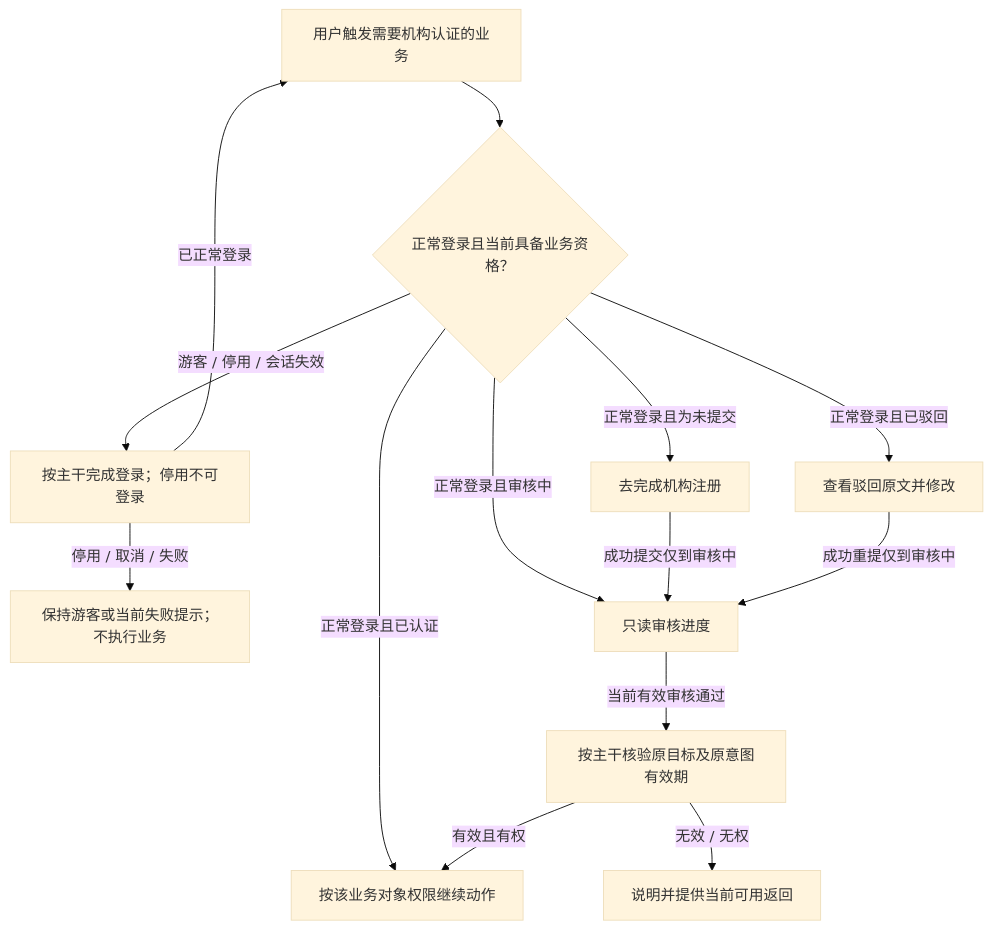
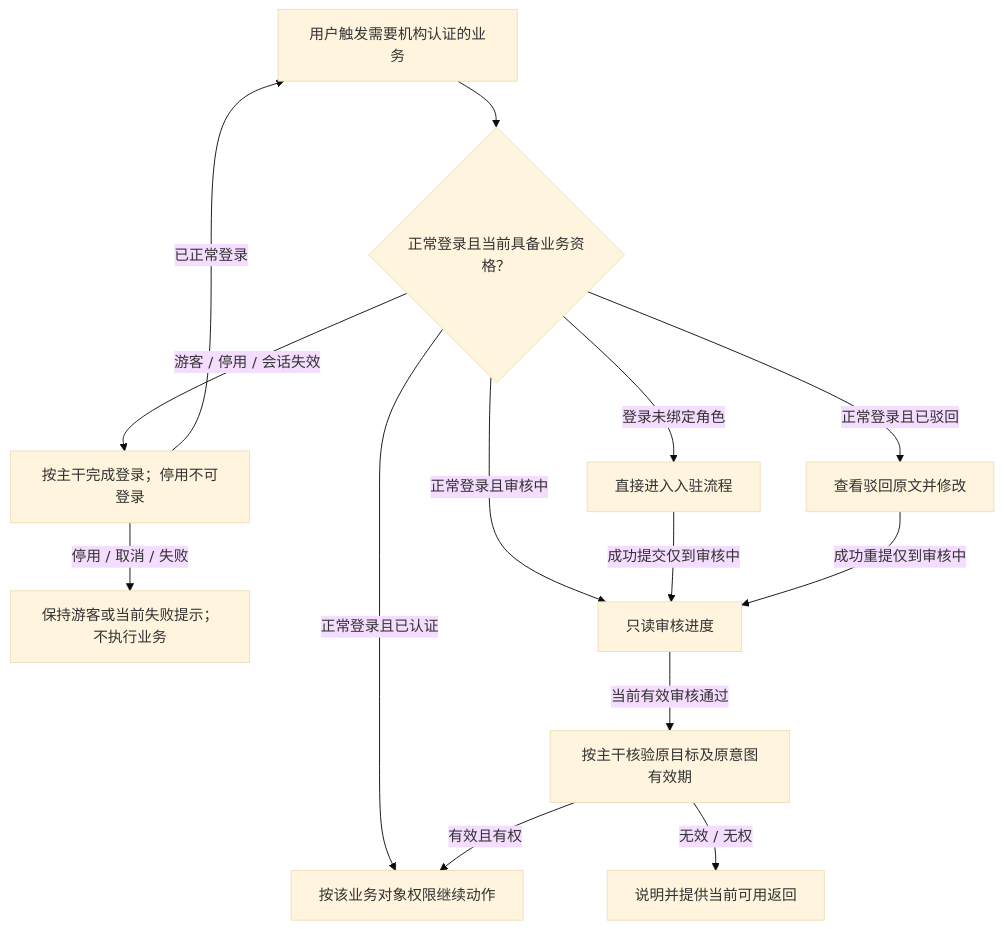
Before and after one commit to wxblockchain/Chain-Financing: the fifth of 9 diagrams in lending-platform/PRD/面客端/02-资金方登录与账户体系/02-资金方登录与账户体系-流程图与状态机.md, drawn with Mermaid (base theme). The commit also changed other lines of this file and 11 other files, not shown here.

````diff
--- a/lending-platform/PRD/面客端/02-资金方登录与账户体系/02-资金方登录与账户体系-流程图与状态机.md
+++ b/lending-platform/PRD/面客端/02-资金方登录与账户体系/02-资金方登录与账户体系-流程图与状态机.md
@@ -133,16 +133,16 @@
 ```mermaid
 flowchart TD
     A[用户触发需要机构认证的业务] --> B{正常登录且当前具备业务资格？}
     B -->|游客 / 停用 / 会话失效| C[按主干完成登录；停用不可登录]
     C -->|已正常登录| A
     C -->|停用 / 取消 / 失败| X[保持游客或当前失败提示；不执行业务]
-    B -->|正常登录且为未提交| D[去完成机构注册]
+    B -->|登录未绑定角色| D[直接进入入驻流程]
     B -->|正常登录且审核中| E[只读审核进度]
     B -->|正常登录且已驳回| F[查看驳回原文并修改]
     B -->|正常登录且已认证| G[按该业务对象权限继续动作]
     D -->|成功提交仅到审核中| E
     F -->|成功重提仅到审核中| E
     E -->|当前有效审核通过| H[按主干核验原目标及原意图有效期]
     H -->|有效且有权| G
     H -->|无效 / 无权| I[说明并提供当前可用返回]
 ```
````
